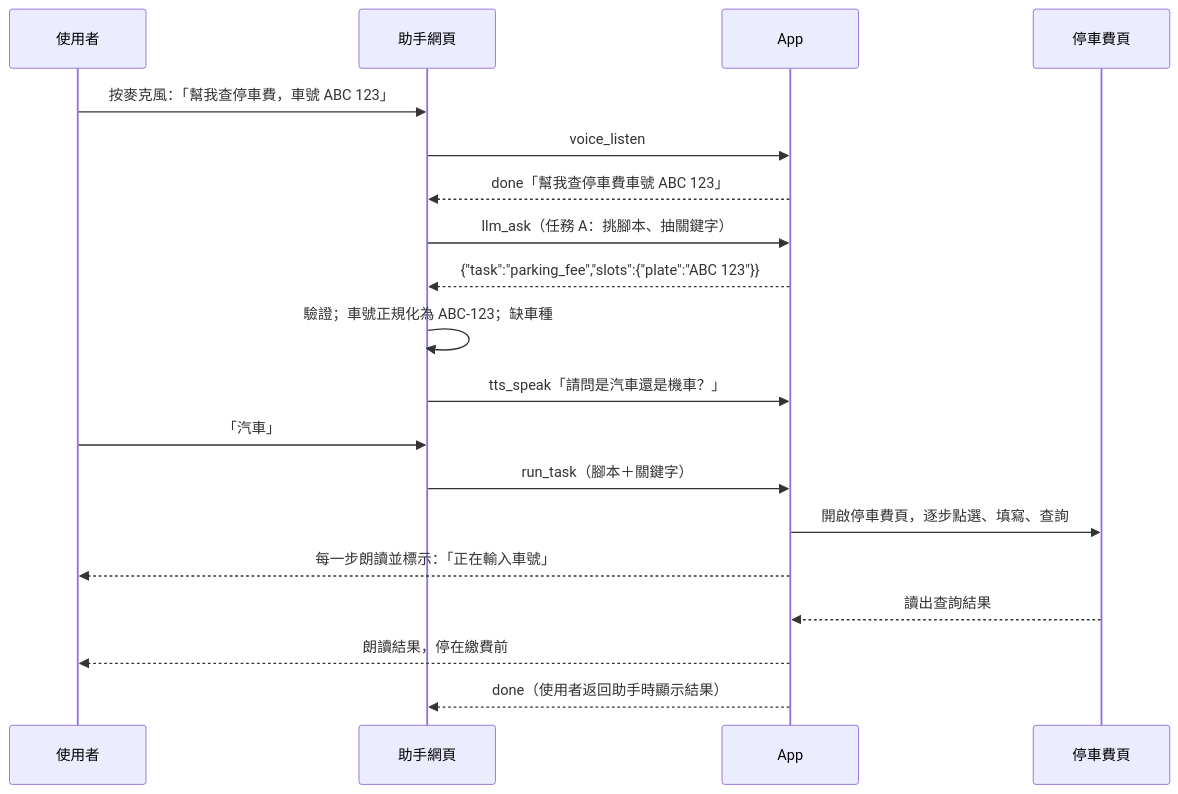
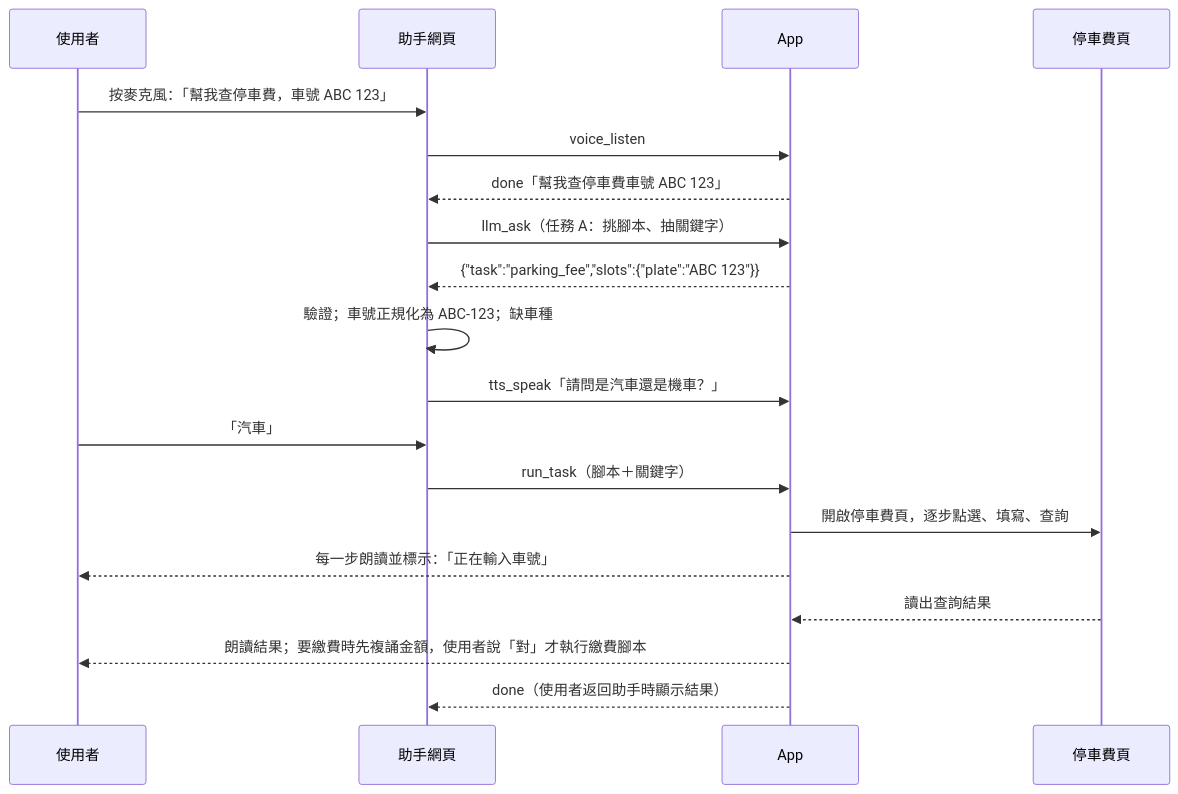
One commit to jsyang0322/TPE_Codefest2026 changed the second of 2 diagrams in docs/系統設計文件.md. Above: the diagram before and after it, drawn with Mermaid. The commit also changed other lines of this file, not shown here.

````diff
--- a/docs/系統設計文件.md
+++ b/docs/系統設計文件.md
@@ -78,21 +78,21 @@
 ```mermaid
 sequenceDiagram
     participant U as 使用者
     participant W as 助手網頁
     participant A as App
     participant S as 停車費頁
     U->>W: 按麥克風：「幫我查停車費，車號 ABC 123」
     W->>A: voice_listen
     A-->>W: done「幫我查停車費車號 ABC 123」
     W->>A: llm_ask（任務 A：挑腳本、抽關鍵字）
     A-->>W: {"task":"parking_fee","slots":{"plate":"ABC 123"}}
     W->>W: 驗證；車號正規化為 ABC-123；缺車種
     W->>A: tts_speak「請問是汽車還是機車？」
     U->>W: 「汽車」
     W->>A: run_task（腳本＋關鍵字）
     A->>S: 開啟停車費頁，逐步點選、填寫、查詢
     A-->>U: 每一步朗讀並標示：「正在輸入車號」
     S-->>A: 讀出查詢結果
-    A-->>U: 朗讀結果，停在繳費前
+    A-->>U: 朗讀結果；要繳費時先複誦金額，使用者說「對」才執行繳費腳本
     A-->>W: done（使用者返回助手時顯示結果）
 ```
````
